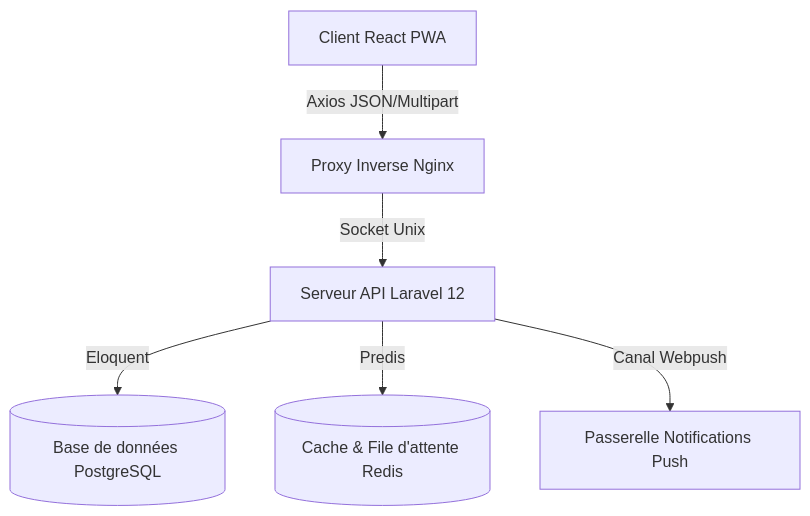
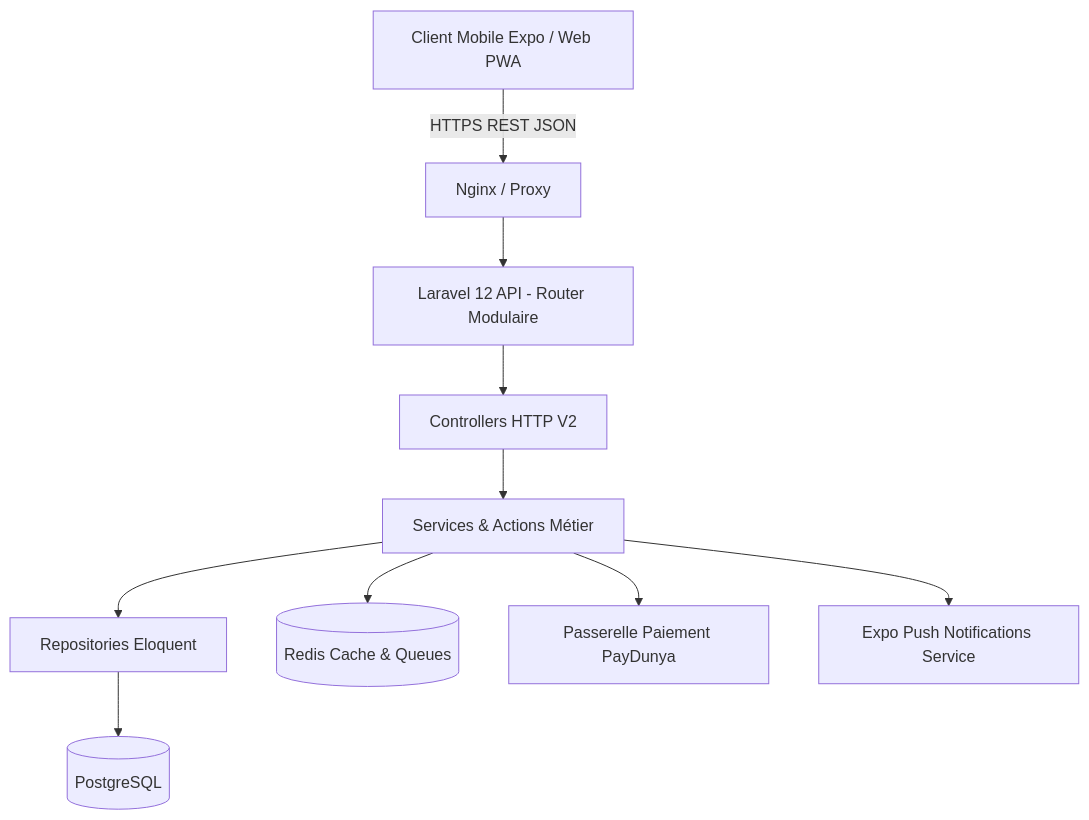
The diagram in readme.md (nosleepman1/tailor-app), drawn with Mermaid before and after one commit. The commit also changed other lines of this file and 1 other file, not shown here.

First line of the commit message:
docs: update README with complete architecture, test accounts, PayDunya config and API catalogue

````diff
--- a/readme.md
+++ b/readme.md
@@ -11,8 +11,12 @@
 ```mermaid
 graph TD
-    A[Client React PWA] -->|Axios JSON/Multipart| B[Proxy Inverse Nginx]
-    B -->|Socket Unix| C[Serveur API Laravel 12]
-    C -->|Eloquent| D[(Base de données PostgreSQL)]
-    C -->|Predis| E[(Cache & File d'attente Redis)]
-    C -->|Canal Webpush| F[Passerelle Notifications Push]
+    A[Client Mobile Expo / Web PWA] -->|HTTPS REST JSON| B[Nginx / Proxy]
+    B --> C[Laravel 12 API - Router Modulaire]
+    C --> D[Controllers HTTP V2]
+    D --> E[Services & Actions Métier]
+    E --> F[Repositories Eloquent]
+    F --> G[(PostgreSQL)]
+    E --> H[(Redis Cache & Queues)]
+    E --> I[Passerelle Paiement PayDunya]
+    E --> J[Expo Push Notifications Service]
 ```
````
